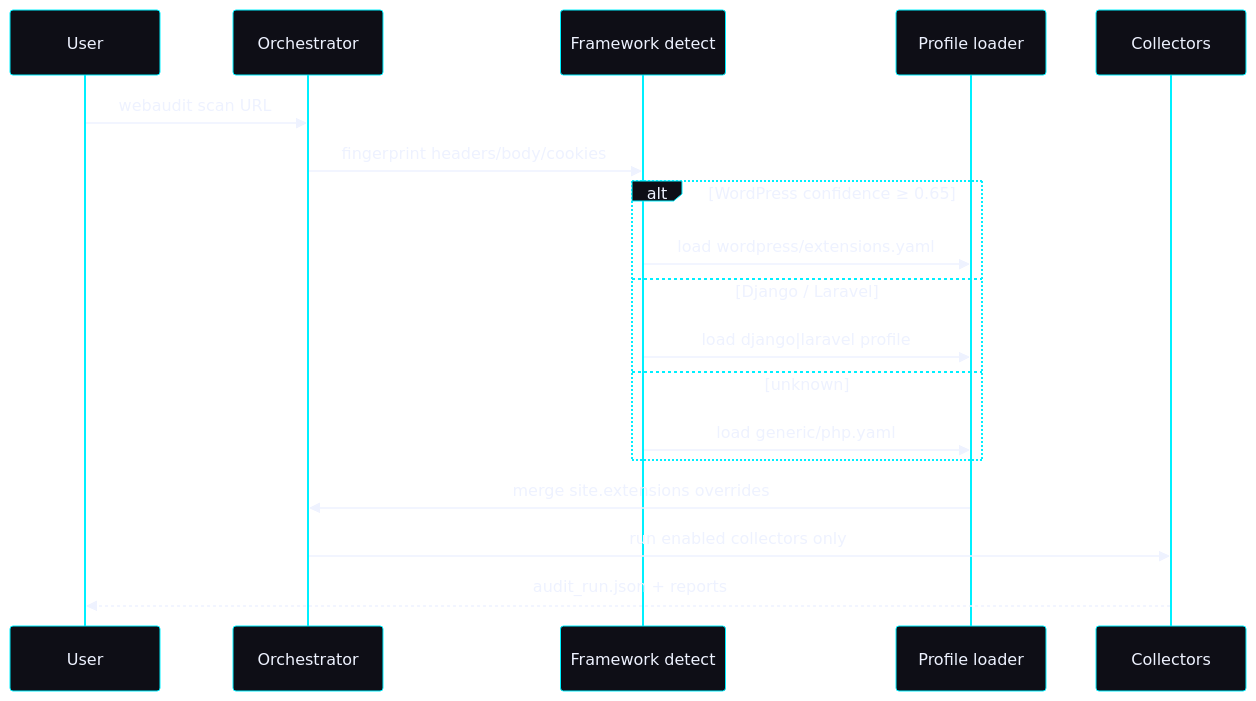
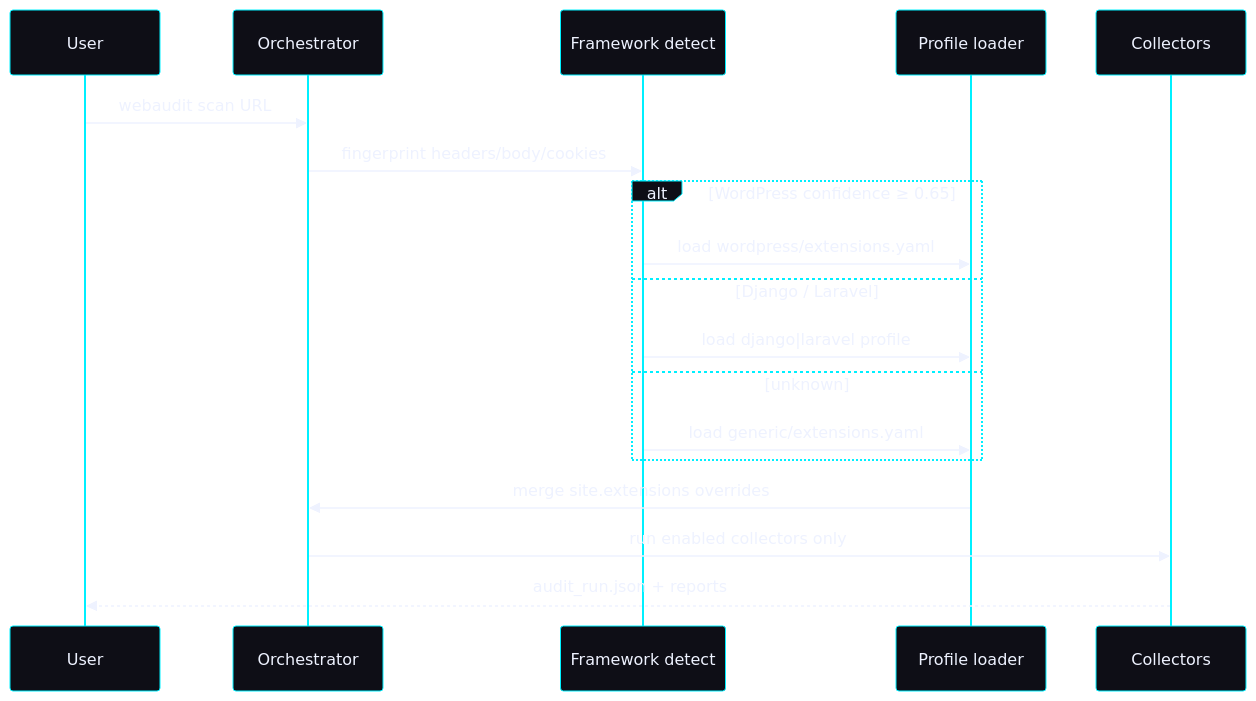
One commit to Vlad-1618M/web_audit changed the seventh of 7 diagrams in v2_python_core/docs/diagrams.md. Above: the diagram before and after it, drawn with Mermaid. The commit also changed other lines of this file and 120 other files, not shown here.

````diff
--- a/v2_python_core/docs/diagrams.md
+++ b/v2_python_core/docs/diagrams.md
@@ -219,22 +219,22 @@
 ```mermaid
 %%{init: {'theme': 'base', 'themeVariables': {'darkMode': true, 'background': '#030306', 'primaryColor': '#0e0e16', 'primaryTextColor': '#eef2ff', 'primaryBorderColor': '#00f0ff', 'lineColor': '#8b95b0'}}}%%
 sequenceDiagram
   participant U as User
   participant O as Orchestrator
   participant D as Framework detect
   participant P as Profile loader
   participant C as Collectors
 
   U->>O: webaudit scan URL
   O->>D: fingerprint headers/body/cookies
   alt WordPress confidence ≥ 0.65
     D->>P: load wordpress/extensions.yaml
   else Django / Laravel
     D->>P: load django|laravel profile
   else unknown
-    D->>P: load generic/php.yaml
+    D->>P: load generic/extensions.yaml
   end
   P->>O: merge site.extensions overrides
   O->>C: run enabled collectors only
   C-->>U: audit_run.json + reports
 ```
````
